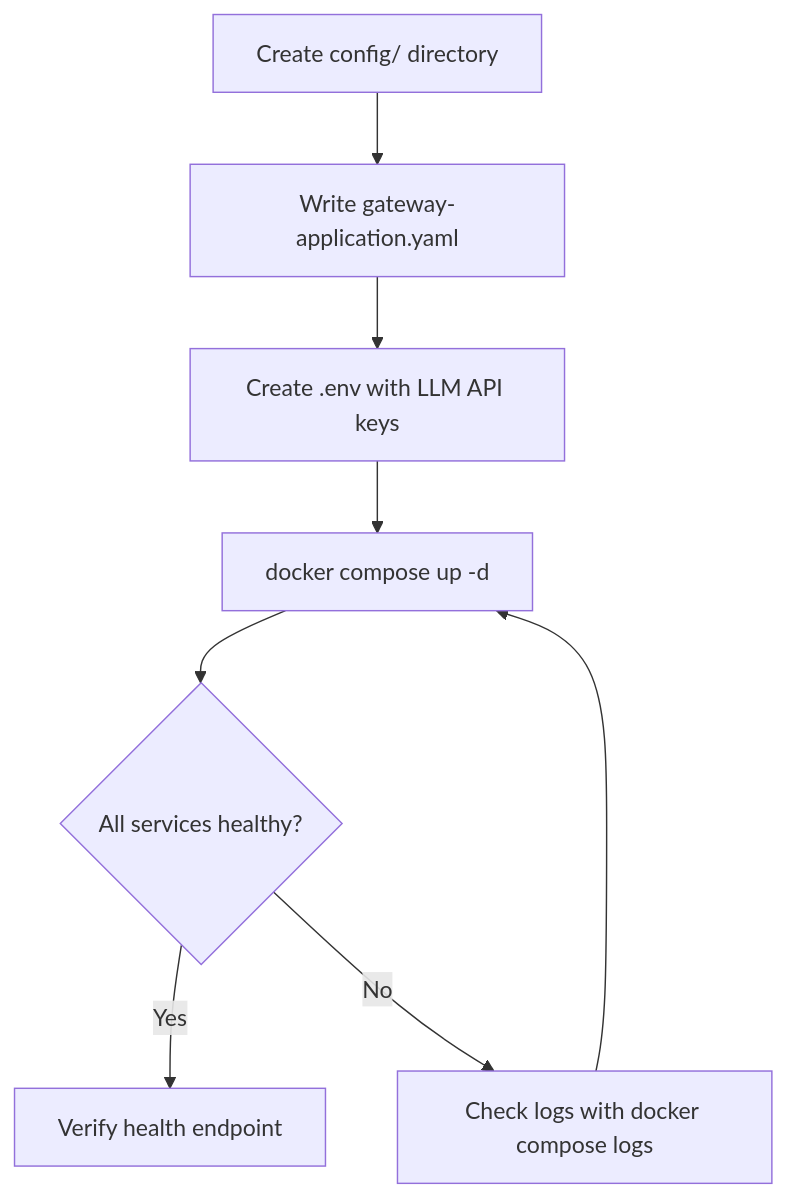
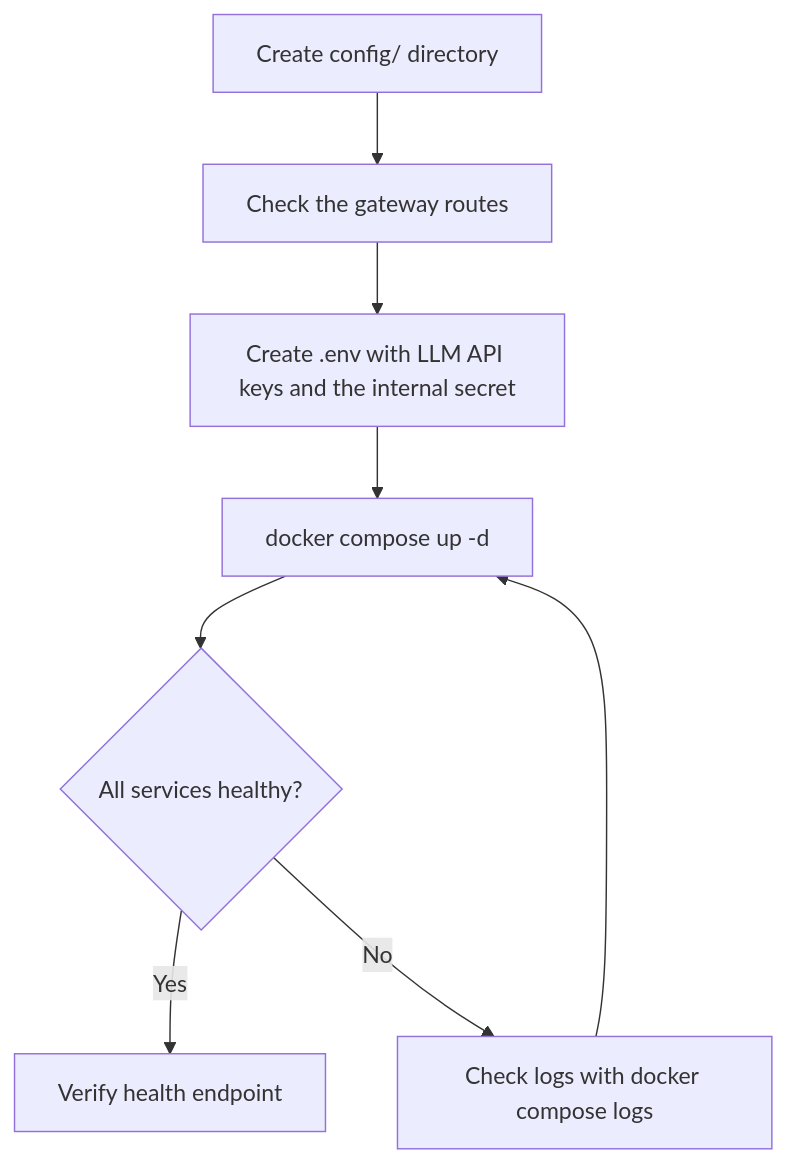
Before and after one commit to Uxopian/uxodocs: the first of 2 diagrams in docs/uxopian-ai/installation/docker.md, drawn with Mermaid. The commit also changed other lines of this file and 29 other files, not shown here.

First line of the commit message:
docs(uxopian-ai): fix the FlowerDocs installation path (TMAPR-7144)

````diff
--- a/docs/uxopian-ai/installation/docker.md
+++ b/docs/uxopian-ai/installation/docker.md
@@ -13,10 +13,10 @@
 ```mermaid
 flowchart TD
-    A[Create config/ directory] --> B[Write gateway-application.yaml]
-    B --> C[Create .env with LLM API keys]
+    A[Create config/ directory] --> B[Check the gateway routes]
+    B --> C[Create .env with LLM API keys and the internal secret]
     C --> D[docker compose up -d]
     D --> E{All services healthy?}
     E -->|Yes| F[Verify health endpoint]
     E -->|No| G[Check logs with docker compose logs]
     G --> D
 ```
````
